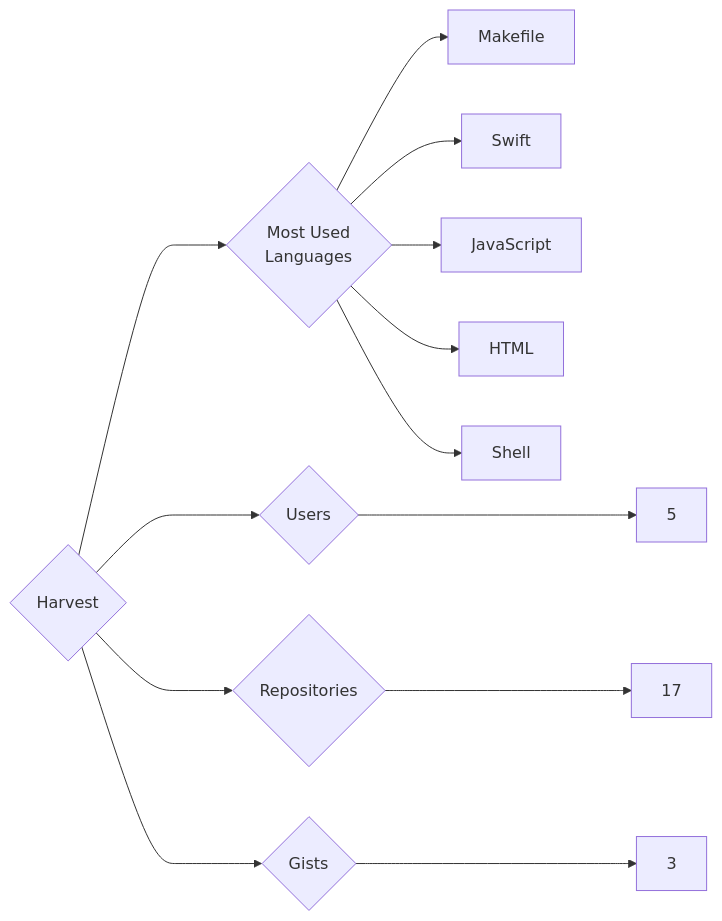
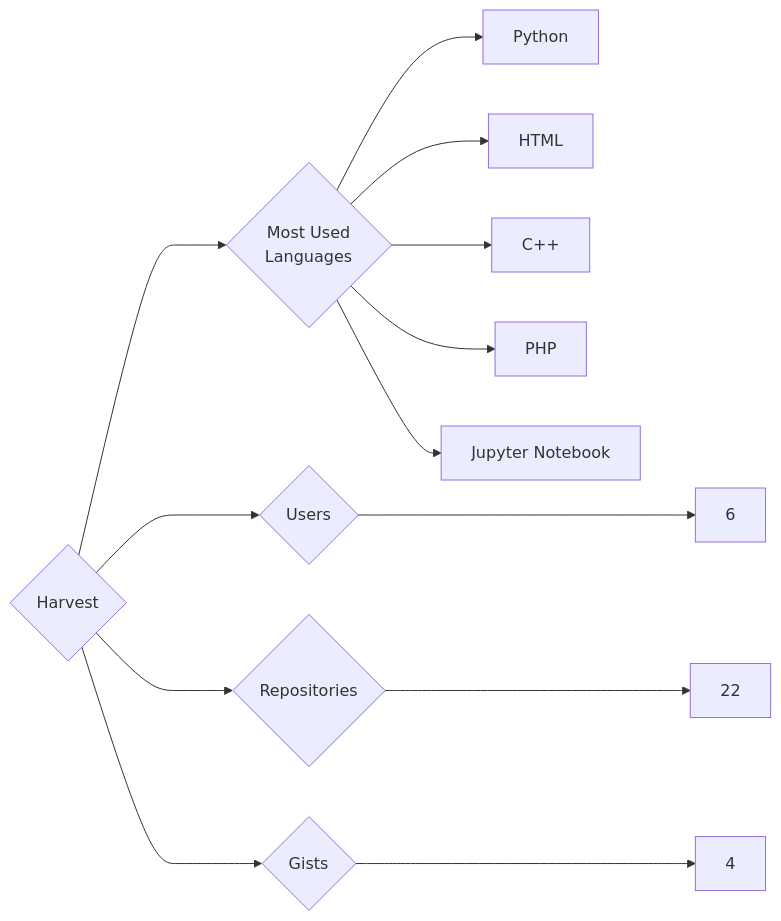
Before and after one commit to trickest/insiders: the diagram in targets/Harvest/README.md, drawn with Mermaid. The commit also changed 815 other files, not shown here.

````diff
--- a/targets/Harvest/README.md
+++ b/targets/Harvest/README.md
@@ -3,13 +3,13 @@
 ```mermaid
 graph LR
 COMPANY_NAME{Harvest}
-COMPANY_NAME ---> U{Users} ---> UN[5]
-COMPANY_NAME ---> R{Repositories} ---> RN[17]
-COMPANY_NAME ---> G{Gists} ---> GN[3]
+COMPANY_NAME ---> U{Users} ---> UN[6]
+COMPANY_NAME ---> R{Repositories} ---> RN[22]
+COMPANY_NAME ---> G{Gists} ---> GN[4]
 COMPANY_NAME ---> ML{Most Used<br>Languages}
-ML --> Makefile[Makefile]
-ML --> Swift[Swift]
-ML --> JavaScript[JavaScript]
+ML --> Python[Python]
 ML --> HTML[HTML]
-ML --> Shell[Shell]
+ML --> C++[C++]
+ML --> PHP[PHP]
+ML --> Jupyter_Notebook[Jupyter Notebook]
 ```
````
